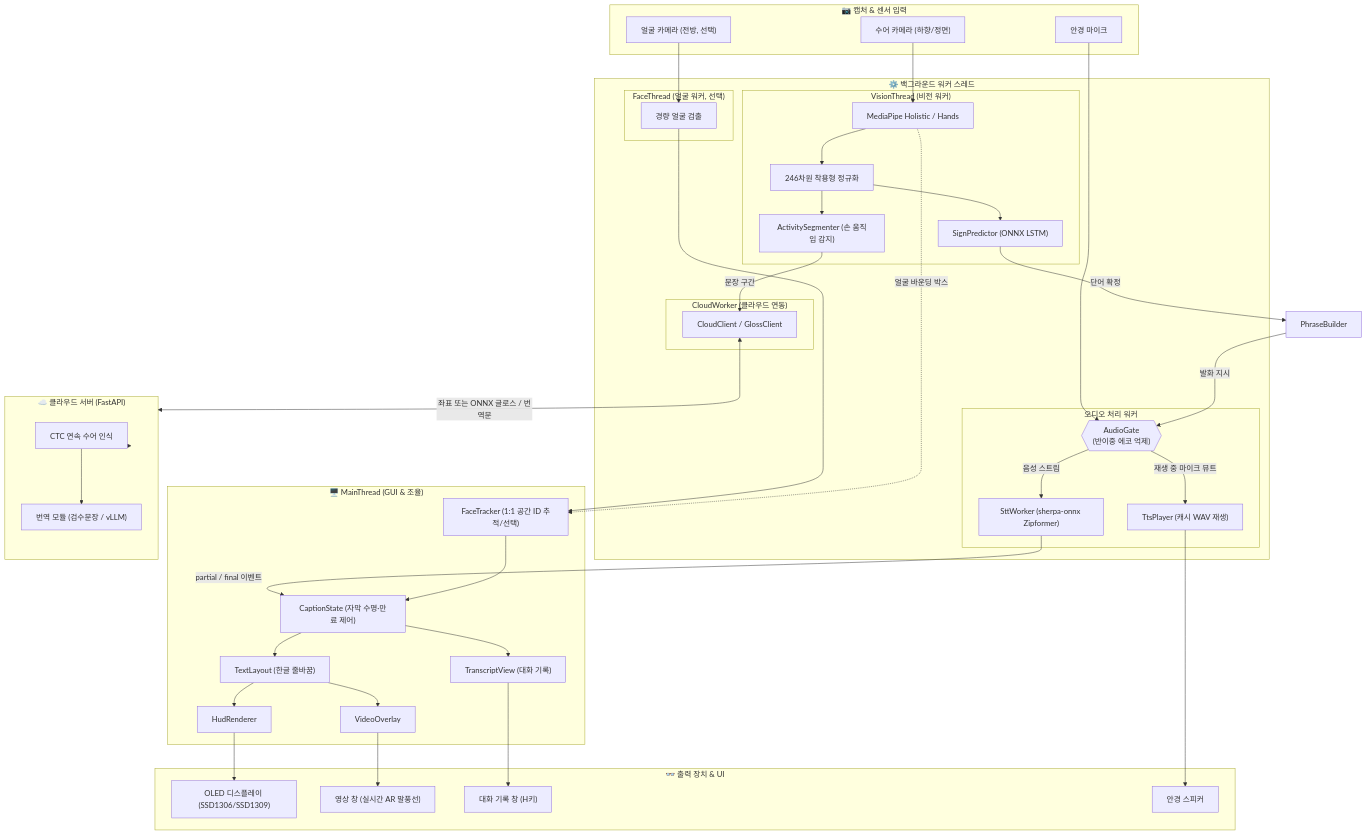
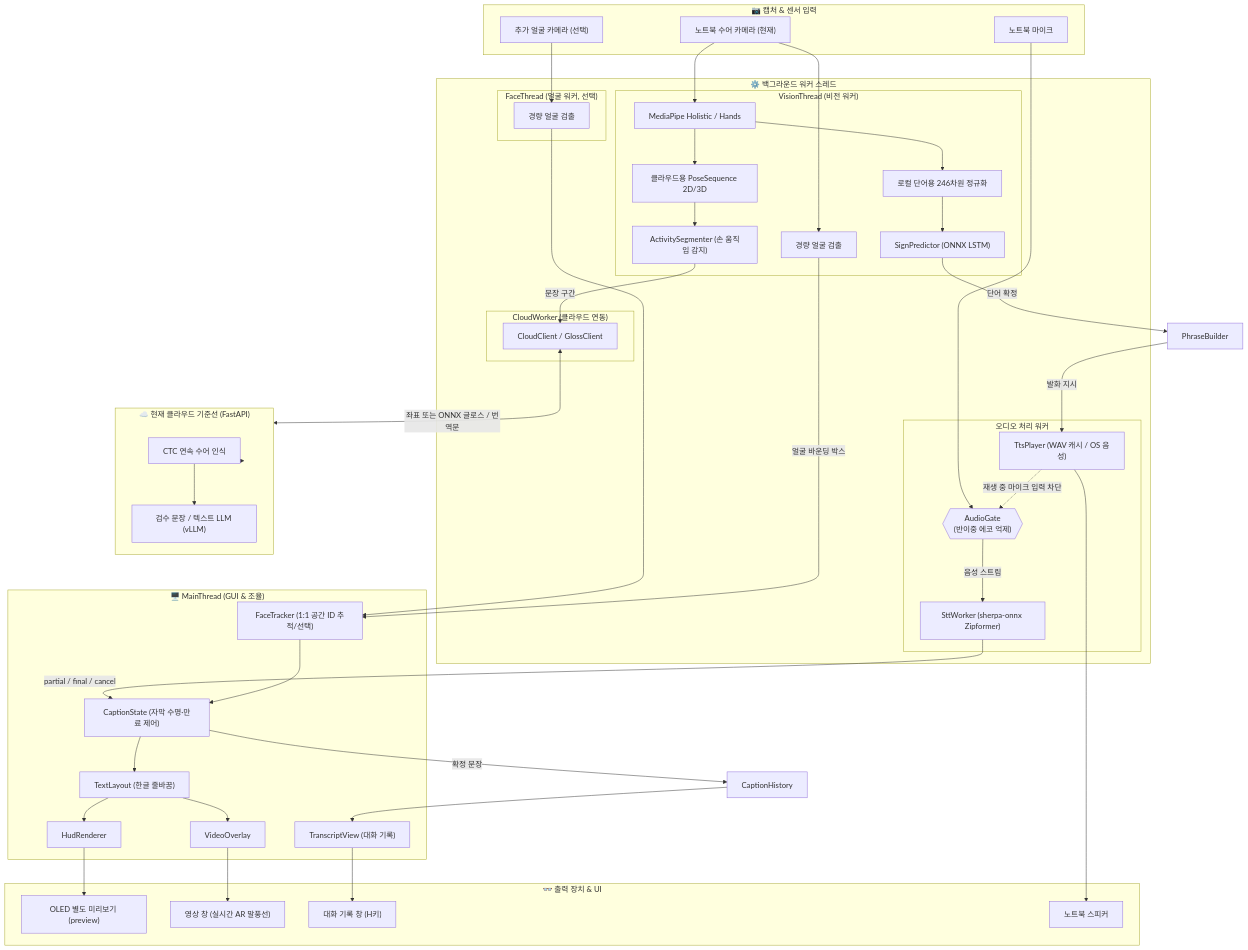
Before and after one commit to vagus3/SignLanguageGlass: the first of 3 diagrams in README.md, drawn with Mermaid. The commit also changed other lines of this file and 23 other files, not shown here.

````diff
--- a/README.md
+++ b/README.md
@@ -67,15 +87,17 @@
 ```mermaid
 flowchart TB
     subgraph Capture["📷 캡처 & 센서 입력"]
-        Cam1["수어 카메라 (하향/정면)"]
-        Cam2["얼굴 카메라 (전방, 선택)"]
-        Mic["안경 마이크"]
+        Cam1["노트북 수어 카메라 (현재)"]
+        Cam2["추가 얼굴 카메라 (선택)"]
+        Mic["노트북 마이크"]
     end
 
     subgraph Threads["⚙️ 백그라운드 워커 스레드"]
         subgraph VisionTh["VisionThread (비전 워커)"]
             MP["MediaPipe Holistic / Hands"]
-            Norm["246차원 착용형 정규화"]
+            Norm["로컬 단어용 246차원 정규화"]
+            Pose["클라우드용 PoseSequence 2D/3D"]
+            VisionFaceDet["경량 얼굴 검출"]
             LocalInfer["SignPredictor (ONNX LSTM)"]
             Seg["ActivitySegmenter (손 움직임 감지)"]
         end
@@ -86,7 +108,7 @@
 
         subgraph AudioTh["오디오 처리 워커"]
             STT["SttWorker (sherpa-onnx Zipformer)"]
-            TTS["TtsPlayer (캐시 WAV 재생)"]
+            TTS["TtsPlayer (WAV 캐시 / OS 음성)"]
             Gate{{"AudioGate\n(반이중 에코 억제)"}}
         end
 
@@ -105,30 +127,31 @@
     end
 
     subgraph Output["👓 출력 장치 & UI"]
-        OLED["OLED 디스플레이 (SSD1306/SSD1309)"]
+        OLED["OLED 별도 미리보기 (preview)"]
         VidWin["영상 창 (실시간 AR 말풍선)"]
         TransWin["대화 기록 창 (H키)"]
-        Spk["안경 스피커"]
+        Spk["노트북 스피커"]
     end
 
-    subgraph Server["☁️ 클라우드 서버 (FastAPI)"]
+    subgraph Server["☁️ 현재 클라우드 기준선 (FastAPI)"]
         CTC["CTC 연속 수어 인식"]
-        LLM["번역 모듈 (검수문장 / vLLM)"]
+        LLM["검수 문장 / 텍스트 LLM (vLLM)"]
     end
 
     %% 파이프라인 연결
     Cam1 --> MP --> Norm
     Norm --> LocalInfer
-    Norm --> Seg
+    MP --> Pose --> Seg
+    Cam1 --> VisionFaceDet
     Cam2 --> FaceDet
 
     Mic --> Gate
     Gate -->|음성 스트림| STT
-    STT -->|partial / final 이벤트| CapState
+    STT -->|partial / final / cancel| CapState
 
     LocalInfer -->|단어 확정| Phrase["PhraseBuilder"]
-    Phrase -->|발화 지시| Gate
-    Gate -->|재생 중 마이크 뮤트| TTS
+    Phrase -->|발화 지시| TTS
+    TTS -.->|재생 중 마이크 입력 차단| Gate
     TTS --> Spk
 
     Seg -->|문장 구간| Client
@@ -136,10 +159,10 @@
     Server --> CTC --> LLM
 
     FaceDet --> Tracker
-    MP -.->|얼굴 바운딩 박스| Tracker
+    VisionFaceDet -->|얼굴 바운딩 박스| Tracker
     Tracker --> CapState
     CapState --> TxtLayout --> HUD & Overlay
-    CapState --> TransView
+    CapState -->|확정 문장| History["CaptionHistory"] --> TransView
 
     HUD --> OLED
     Overlay --> VidWin
````
